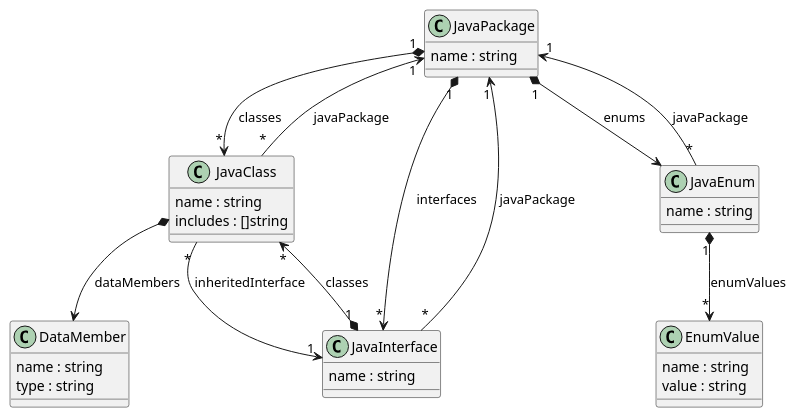
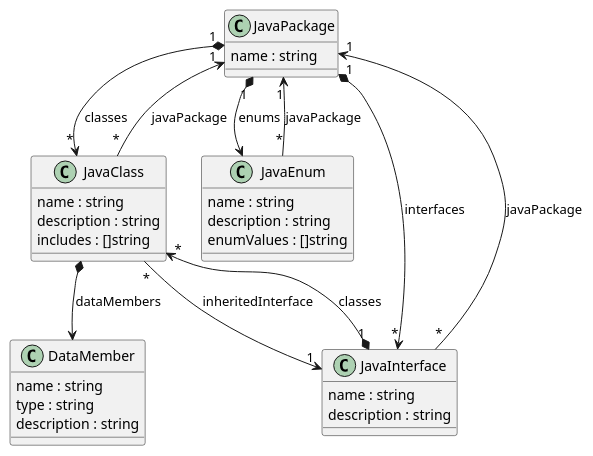
The diagram in uml/java-class.plantuml (techcobweb/openapi2beans), drawn with PlantUML before and after one commit. The commit also changed 15 other files, not shown here.

```diff
--- a/uml/java-class.plantuml
+++ b/uml/java-class.plantuml
@@ -1,44 +1,43 @@
 @startuml "java-class"
 
 class JavaPackage {
     {field} name : string
 }
 
 class JavaClass {
     {field} name : string
+    {field} description : string
     {field} includes : []string
 }
 
 JavaClass "*" --> "1" JavaPackage : javaPackage
 JavaPackage "1" *--> "*" JavaClass : classes
 
 class DataMember {
     {field} name : string
     {field} type : string
+    {field} description : string
 }
 
 JavaClass *--> DataMember : dataMembers
 
 class JavaEnum {
     {field} name : string
+    {field} description : string
+    {field} enumValues : []string
 }
 
-class EnumValue {
-    {field} name : string
-    {field} value : string
-}
-
-JavaEnum "1" *--> "*" EnumValue : enumValues
 JavaPackage "1" *--> JavaEnum : enums
 JavaEnum "*" --> "1" JavaPackage : javaPackage
 
 class JavaInterface {
     {field} name : string
+    {field} description : string
 }
 
 JavaInterface "*" --> "1" JavaPackage : javaPackage
 JavaPackage "1" *--> "*" JavaInterface : interfaces
 JavaClass "*" --> "1" JavaInterface : inheritedInterface
 JavaInterface "1" *--> "*" JavaClass : classes
 
 @enduml
```
